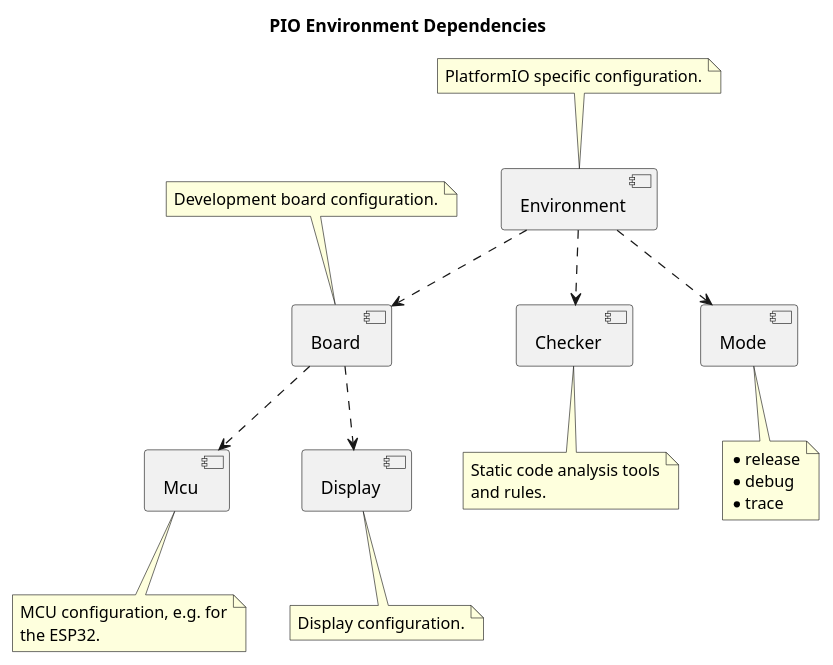
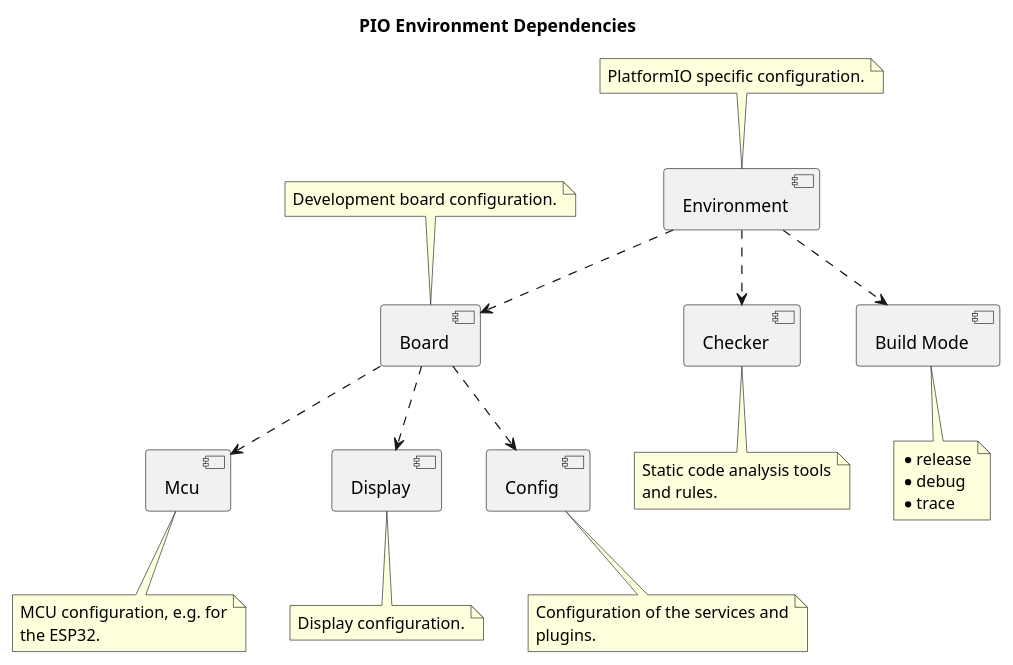
The diagram in doc/config/uml/pio-env-dependencies.wsd (BlueAndi/Pixelix), drawn with PlantUML before and after one commit. The commit also changed 7 other files, not shown here.

```diff
--- a/doc/config/uml/pio-env-dependencies.wsd
+++ b/doc/config/uml/pio-env-dependencies.wsd
@@ -1,47 +1,54 @@
 @startuml
 
 title PIO Environment Dependencies
 
 component "Mcu" as mcu
 component "Board" as board
 component "Display" as display
 component "Checker" as checker
 component "Environment" as env
-component "Mode" as mode
+component "Build Mode" as buildMode
+component "Config" as config
 
 env ..> board
 env ..> checker
-env ..> mode
+env ..> buildMode
 
 board ..> mcu
 board ..> display
+board ..> config
 
 note top of env
     PlatformIO specific configuration.
 end note
 
-note bottom of mode
+note bottom of buildMode
     * release
     * debug
     * trace
 end note
 
 note bottom of checker
     Static code analysis tools
     and rules.
 end note
 
 note top of board
     Development board configuration.
 end note
 
 note bottom of mcu
     MCU configuration, e.g. for
     the ESP32.
 end note
 
 note bottom of display
     Display configuration.
 end note
 
+note bottom of config
+    Configuration of the services and
+    plugins.
+end note
+
 @enduml
```
